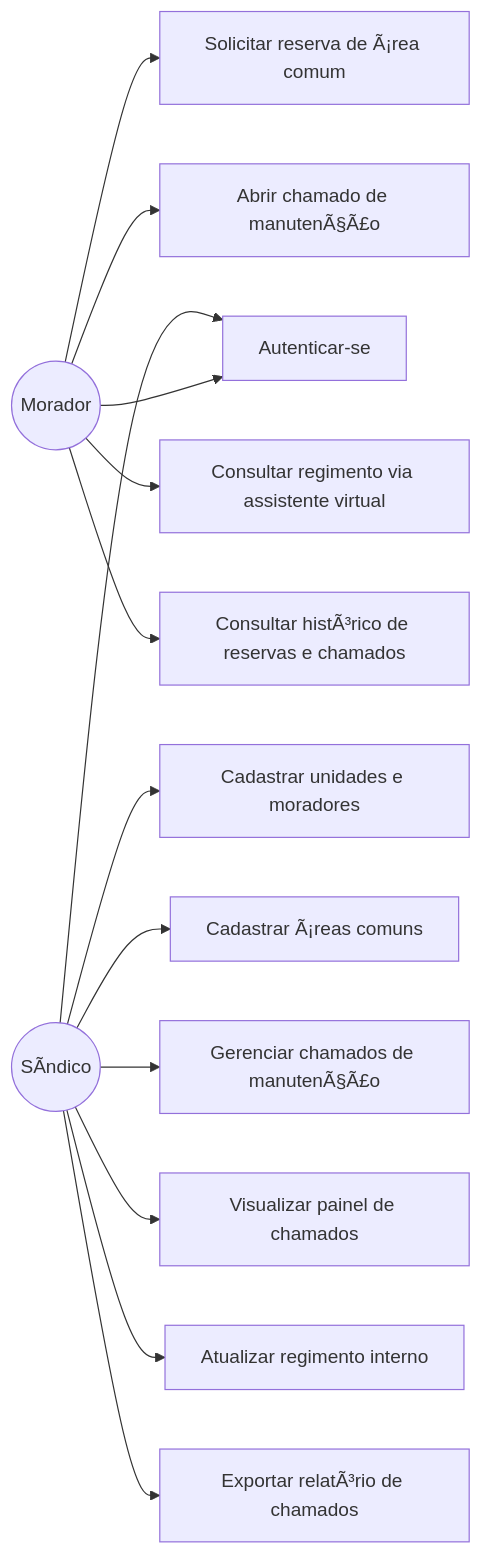
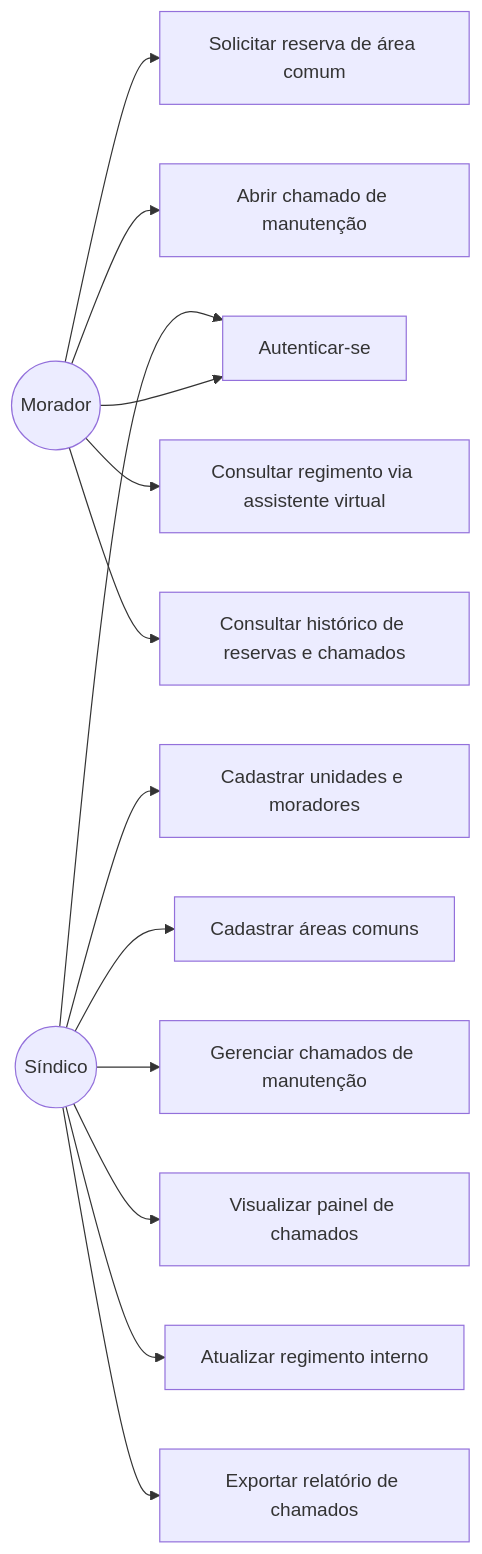
The first of 2 diagrams in docs/e3a.md (marcus0milan/sistema-inteligente-de-gerenciamento-de-condom-nios), drawn with Mermaid before and after one commit. The commit also changed other lines of this file and 4 other files, not shown here.

Commit message:
fix: correct encoding issues and improve documentation clarity in UML and DER diagrams

````diff
--- a/docs/e3a.md
+++ b/docs/e3a.md
@@ -5,31 +8,31 @@
 ```mermaid
 flowchart LR
     Morador((Morador))
-    Sindico((SÃ­ndico))
+    Sindico((Síndico))
 
     UC1[Autenticar-se]
     UC2[Cadastrar unidades e moradores]
-    UC3[Cadastrar Ã¡reas comuns]
-    UC4[Solicitar reserva de Ã¡rea comum]
-    UC5[Abrir chamado de manutenÃ§Ã£o]
+    UC3[Cadastrar áreas comuns]
+    UC4[Solicitar reserva de área comum]
+    UC5[Abrir chamado de manutenção]
     UC6[Consultar regimento via assistente virtual]
-    UC7[Gerenciar chamados de manutenÃ§Ã£o]
+    UC7[Gerenciar chamados de manutenção]
     UC8[Visualizar painel de chamados]
     UC9[Atualizar regimento interno]
-    UC10[Consultar histÃ³rico de reservas e chamados]
-    UC11[Exportar relatÃ³rio de chamados]
+    UC10[Consultar histórico de reservas e chamados]
+    UC11[Exportar relatório de chamados]
 
     Morador --> UC1
     Morador --> UC4
     Morador --> UC5
     Morador --> UC6
     Morador --> UC10
 
     Sindico --> UC1
     Sindico --> UC2
     Sindico --> UC3
     Sindico --> UC7
     Sindico --> UC8
     Sindico --> UC9
     Sindico --> UC11
 ```
````
